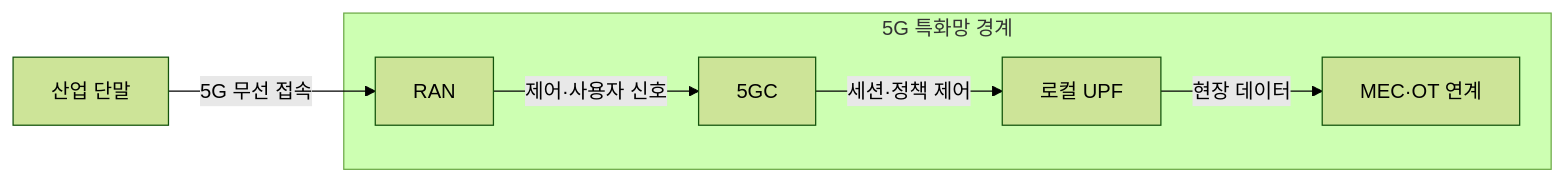
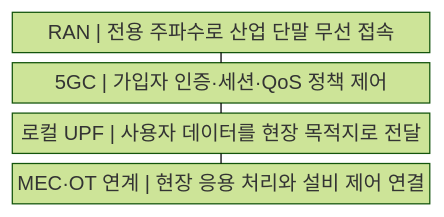
Before and after one commit to agnusdei1207/knowledge-base: the first of 2 diagrams in src/content/docs/notes/04-network/041_private_5g_local_5g.md, drawn with Mermaid (forest theme). The commit also changed other lines of this file and 20 other files, not shown here.

````diff
--- a/src/content/docs/notes/04-network/041_private_5g_local_5g.md
+++ b/src/content/docs/notes/04-network/041_private_5g_local_5g.md
@@ -59,14 +59,11 @@
 ```mermaid
-flowchart LR
-    UE[산업 단말]
-    subgraph NPN[5G 특화망 경계]
-        RAN[RAN]
-        CORE[5GC]
-        UPF[로컬 UPF]
-        EDGE[MEC·OT 연계]
-        RAN -->|제어·사용자 신호| CORE
-        CORE -->|세션·정책 제어| UPF
-        UPF -->|현장 데이터| EDGE
-    end
-    UE -->|5G 무선 접속| RAN
+block
+    columns 1
+    A["RAN | 전용 주파수로 산업 단말 무선 접속"]
+    B["5GC | 가입자 인증·세션·QoS 정책 제어"]
+    C["로컬 UPF | 사용자 데이터를 현장 목적지로 전달"]
+    D["MEC·OT 연계 | 현장 응용 처리와 설비 제어 연결"]
+    A --- B
+    B --- C
+    C --- D
 ```
````
